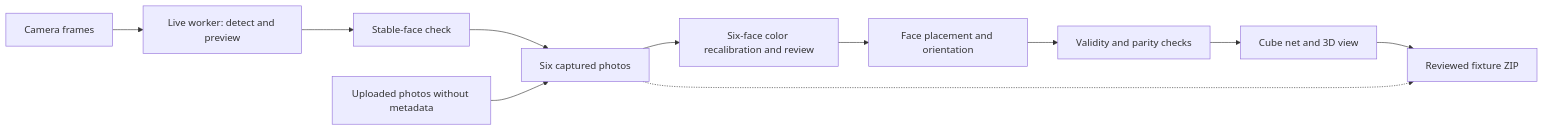
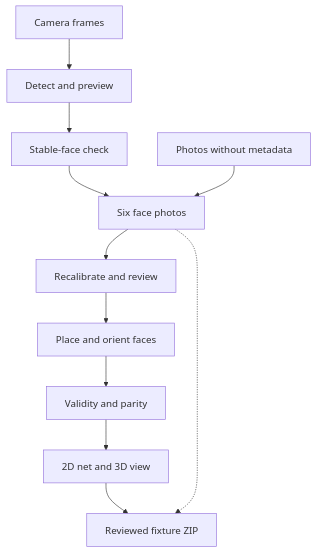
The diagram in docs/architecture.md (wstein/cube-assembler), drawn with Mermaid before and after one commit. The commit also changed 1 other file, not shown here.

Commit message:
docs: make capture diagrams readable at page width

````diff
--- a/docs/architecture.md
+++ b/docs/architecture.md
@@ -10,13 +10,13 @@
 ```mermaid
-flowchart LR
-    Camera[Camera frames] --> Live[Live worker: detect and preview]
+flowchart TD
+    Camera[Camera frames] --> Live[Detect and preview]
     Live --> Hold[Stable-face check]
-    Hold --> Photos[Six captured photos]
-    Upload[Uploaded photos without metadata] --> Photos
-    Photos --> Colors[Six-face color recalibration and review]
-    Colors --> Assembly[Face placement and orientation]
-    Assembly --> Validity[Validity and parity checks]
-    Validity --> Net[Cube net and 3D view]
+    Hold --> Photos[Six face photos]
+    Upload[Photos without metadata] --> Photos
+    Photos --> Colors[Recalibrate and review]
+    Colors --> Assembly[Place and orient faces]
+    Assembly --> Validity[Validity and parity]
+    Validity --> Net[2D net and 3D view]
     Net --> Fixture[Reviewed fixture ZIP]
     Photos -.-> Fixture
 ```
````
